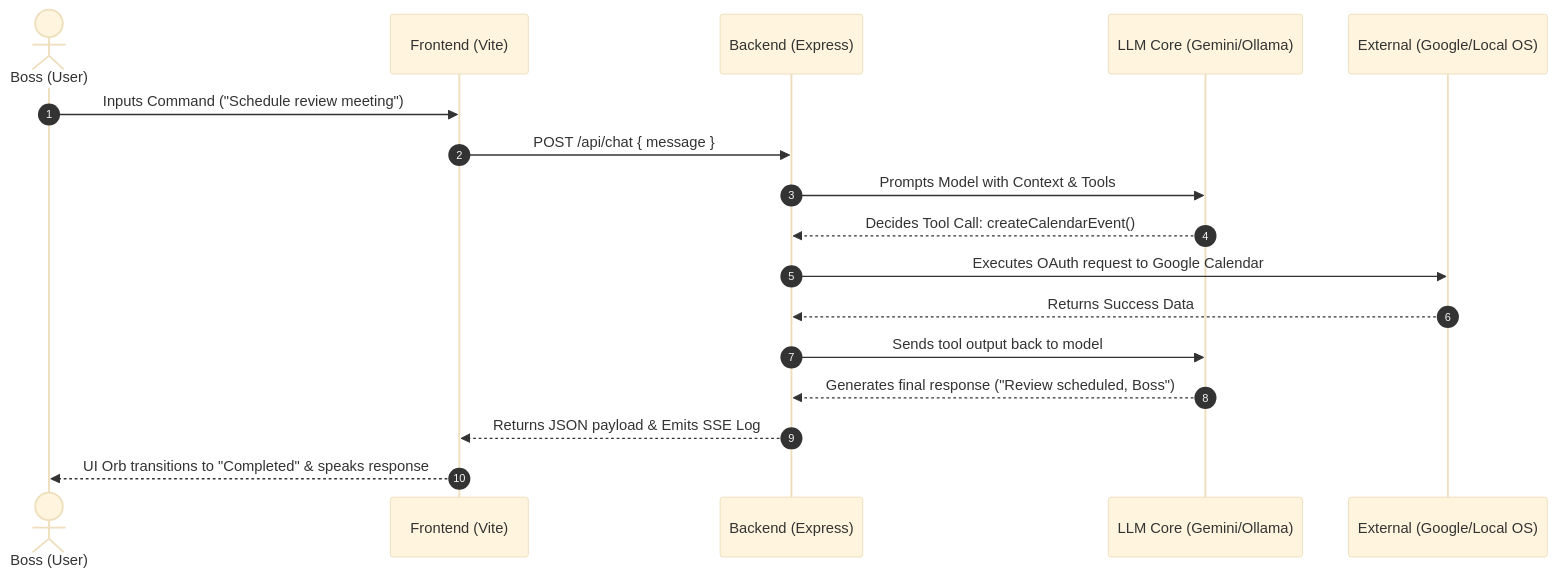
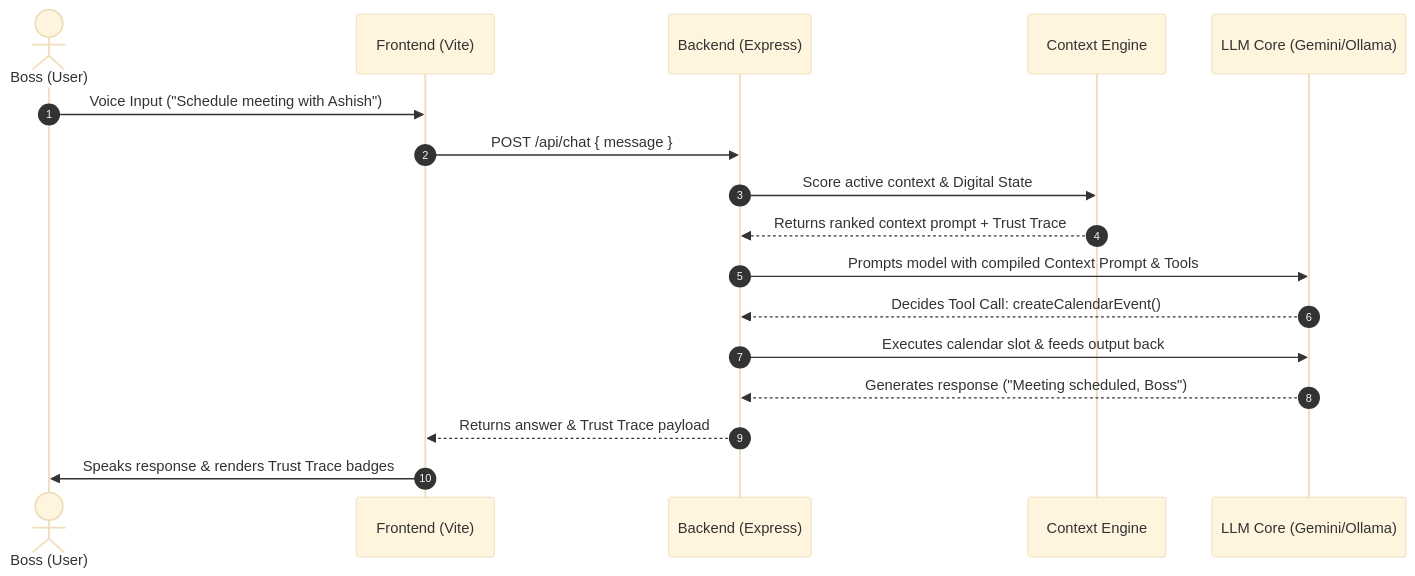
One commit to shrey-ypse/FR-Friday-os changed the second of 2 diagrams in README.md. Above: the diagram before and after it, drawn with Mermaid (base theme). The commit also changed other lines of this file and 4 other files, not shown here.

Commit message:
Arch: Migrated FRIDAY OS to Context-Aware Operating Layer with Ebbinghaus memory decay, Digital State HUD, and Context Graphing

````diff
--- a/README.md
+++ b/README.md
@@ -49,20 +65,20 @@
 ```mermaid
 sequenceDiagram
     autonumber
     actor Boss as Boss (User)
     participant Client as Frontend (Vite)
     participant Server as Backend (Express)
+    participant Engine as Context Engine
     participant AI as LLM Core (Gemini/Ollama)
-    participant API as External (Google/Local OS)
 
-    Boss->>Client: Inputs Command ("Schedule review meeting")
+    Boss->>Client: Voice Input ("Schedule meeting with Ashish")
     Client->>Server: POST /api/chat { message }
-    Server->>AI: Prompts Model with Context & Tools
+    Server->>Engine: Score active context & Digital State
+    Engine-->>Server: Returns ranked context prompt + Trust Trace
+    Server->>AI: Prompts model with compiled Context Prompt & Tools
     AI-->>Server: Decides Tool Call: createCalendarEvent()
-    Server->>API: Executes OAuth request to Google Calendar
-    API-->>Server: Returns Success Data
-    Server->>AI: Sends tool output back to model
-    AI-->>Server: Generates final response ("Review scheduled, Boss")
-    Server-->>Client: Returns JSON payload & Emits SSE Log
-    Client-->>Boss: UI Orb transitions to "Completed" & speaks response
+    Server->>AI: Executes calendar slot & feeds output back
+    AI-->>Server: Generates response ("Meeting scheduled, Boss")
+    Server-->>Client: Returns answer & Trust Trace payload
+    Client->>Boss: Speaks response & renders Trust Trace badges
 ```
````
